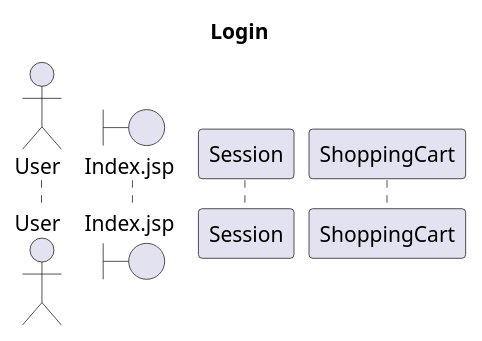
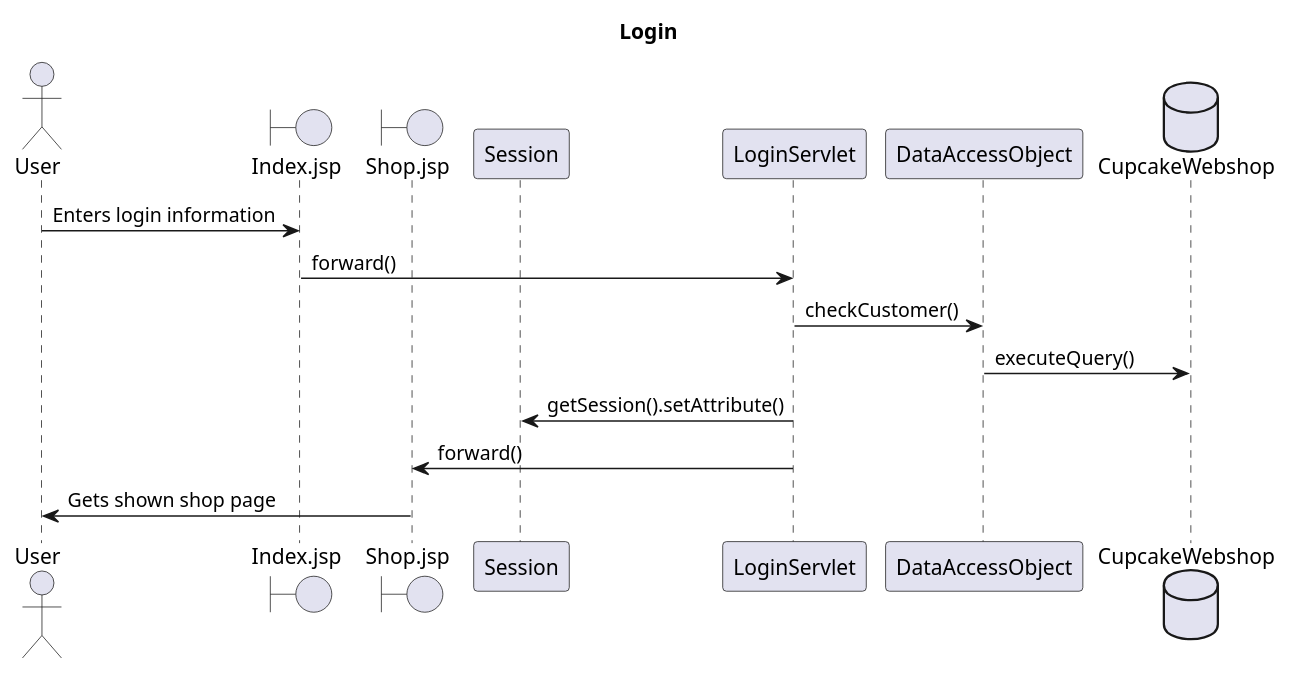
One commit to DATboiss/CupcakeWebshop changed the diagram in src/main/java/Diagrams/Sequence diagram login.puml. Above: the diagram before and after it, drawn with PlantUML. The commit also changed 2 other files, not shown here.

Commit message:
Added and updated sequence diagrams

```diff
--- a/src/main/java/Diagrams/Sequence diagram login.puml
+++ b/src/main/java/Diagrams/Sequence diagram login.puml
@@ -1,11 +1,21 @@
 @startuml
 
 title Login
 actor User
 boundary Index.jsp
+boundary Shop.jsp
 participant Session
-participant ShoppingCart
+participant LoginServlet
+participant DataAccessObject as DAO
+Database CupcakeWebshop as DB
 
 
+User -> Index.jsp : Enters login information
+Index.jsp -> LoginServlet : forward()
+LoginServlet -> DAO : checkCustomer()
+DAO -> DB : executeQuery()
+LoginServlet -> Session : getSession().setAttribute()
+LoginServlet -> Shop.jsp : forward()
+Shop.jsp -> User : Gets shown shop page
 
 @enduml
```
